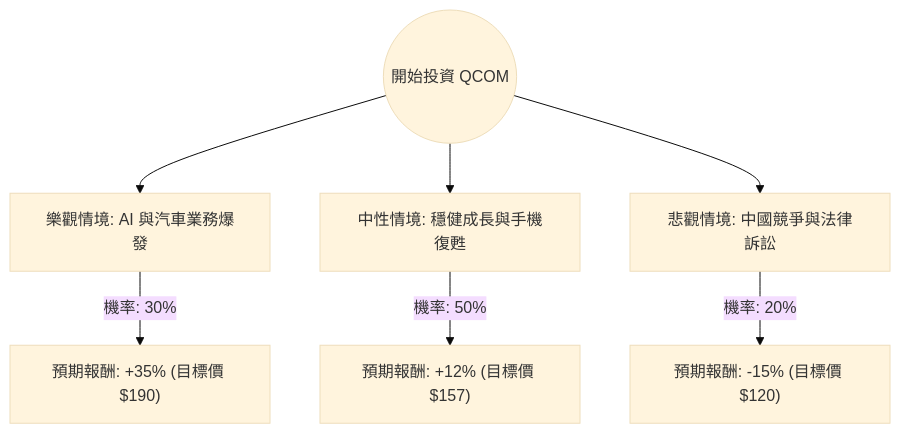
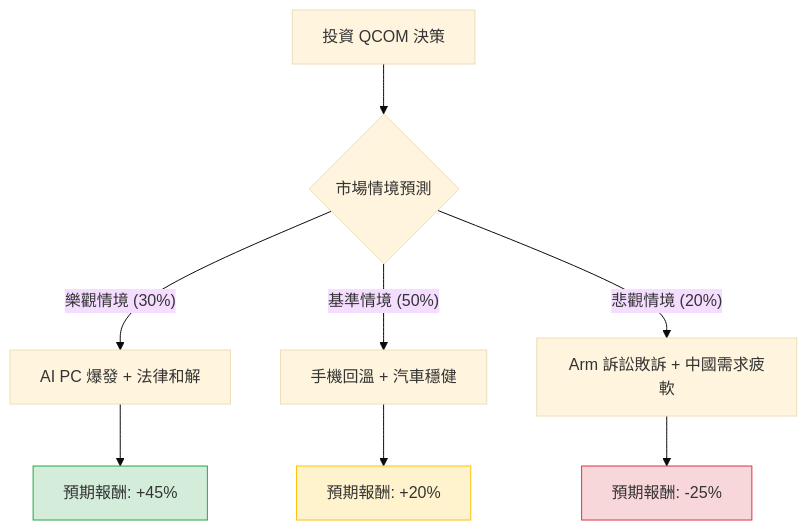
Before and after one commit to zmcx16/zmcx16.github.io: the diagram in plugin-react/ai-analysis/ev-analysis/QCOM.md, drawn with Mermaid (base theme). The commit also changed other lines of this file and 75 other files, not shown here.

````diff
--- a/plugin-react/ai-analysis/ev-analysis/QCOM.md
+++ b/plugin-react/ai-analysis/ev-analysis/QCOM.md
@@ -25,10 +20,16 @@
 ```mermaid
 graph TD
-    Start((開始投資 QCOM)) --> Bull[樂觀情境: AI 與汽車業務爆發]
-    Start --> Base[中性情境: 穩健成長與手機復甦]
-    Start --> Bear[悲觀情境: 中國競爭與法律訴訟]
+    A[投資 QCOM 決策] --> B{市場情境預測}
+    
+    B -- 樂觀情境 (30%) --> C[AI PC 爆發 + 法律和解]
+    B -- 基準情境 (50%) --> D[手機回溫 + 汽車穩健]
+    B -- 悲觀情境 (20%) --> E[Arm 訴訟敗訴 + 中國需求疲軟]
 
-    Bull -- "機率: 30%" --> BullVal["預期報酬: +35% (目標價 $190)"]
-    Base -- "機率: 50%" --> BaseVal["預期報酬: +12% (目標價 $157)"]
-    Bear -- "機率: 20%" --> BearVal["預期報酬: -15% (目標價 $120)"]
+    C --> C1[預期報酬: +45%]
+    D --> D1[預期報酬: +20%]
+    E --> E1[預期報酬: -25%]
+
+    style C1 fill:#d4edda,stroke:#28a745
+    style D1 fill:#fff3cd,stroke:#ffc107
+    style E1 fill:#f8d7da,stroke:#dc3545
 ```
````
